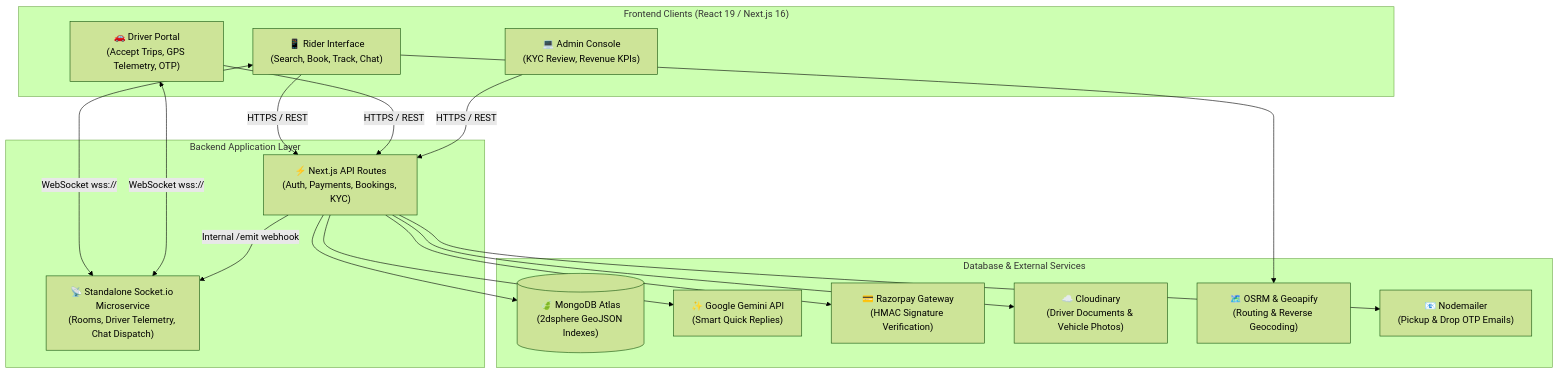
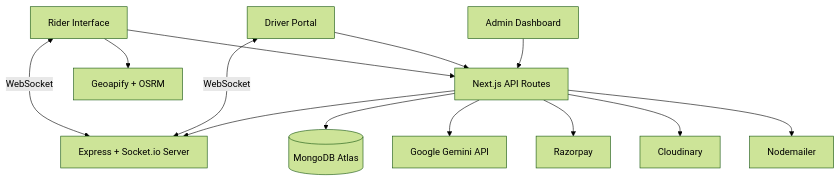
The diagram in README.md (Rohitbora07/Aether-Rides), drawn with Mermaid (forest theme) before and after one commit. The commit also changed other lines of this file and 3 other files, not shown here.

````diff
--- a/README.md
+++ b/README.md
@@ -99,37 +118,32 @@
 ```mermaid
 flowchart TD
-    subgraph Clients["Frontend Clients (React 19 / Next.js 16)"]
-        Rider["📱 Rider Interface\n(Search, Book, Track, Chat)"]
-        Driver["🚗 Driver Portal\n(Accept Trips, GPS Telemetry, OTP)"]
-        Admin["💻 Admin Console\n(KYC Review, Revenue KPIs)"]
-    end
+    Rider["Rider Interface"]
+    Driver["Driver Portal"]
+    Admin["Admin Dashboard"]
 
-    subgraph CoreServices["Backend Application Layer"]
-        NextAPI["⚡ Next.js API Routes\n(Auth, Payments, Bookings, KYC)"]
-        SocketSvc["📡 Standalone Socket.io Microservice\n(Rooms, Driver Telemetry, Chat Dispatch)"]
-    end
+    API["Next.js API Routes"]
+    Socket["Express + Socket.io Server"]
 
-    subgraph DataThirdParty["Database & External Services"]
-        MongoDB[("🍃 MongoDB Atlas\n(2dsphere GeoJSON Indexes)")]
-        Gemini["✨ Google Gemini API\n(Smart Quick Replies)"]
-        Razorpay["💳 Razorpay Gateway\n(HMAC Signature Verification)"]
-        Cloudinary["☁️ Cloudinary\n(Driver Documents & Vehicle Photos)"]
-        OSRM["🗺️ OSRM & Geoapify\n(Routing & Reverse Geocoding)"]
-        Mailer["📧 Nodemailer\n(Pickup & Drop OTP Emails)"]
-    end
+    DB[("MongoDB Atlas")]
+    Gemini["Google Gemini API"]
+    Razorpay["Razorpay"]
+    Cloudinary["Cloudinary"]
+    Maps["Geoapify + OSRM"]
+    Mail["Nodemailer"]
 
-    Rider -->|HTTPS / REST| NextAPI
-    Driver -->|HTTPS / REST| NextAPI
-    Admin -->|HTTPS / REST| NextAPI
+    Rider --> API
+    Driver --> API
+    Admin --> API
 
-    Rider <-->|WebSocket wss://| SocketSvc
-    Driver <-->|WebSocket wss://| SocketSvc
+    Rider <-->|WebSocket| Socket
+    Driver <-->|WebSocket| Socket
 
-    NextAPI -->|Internal /emit webhook| SocketSvc
-    NextAPI --> MongoDB
-    NextAPI --> Razorpay
-    NextAPI --> Gemini
-    NextAPI --> Cloudinary
-    NextAPI --> Mailer
-    Rider --> OSRM
+    API --> Socket
+    API --> DB
+    API --> Gemini
+    API --> Razorpay
+    API --> Cloudinary
+    API --> Mail
+
+    Rider --> Maps
 ```
````
